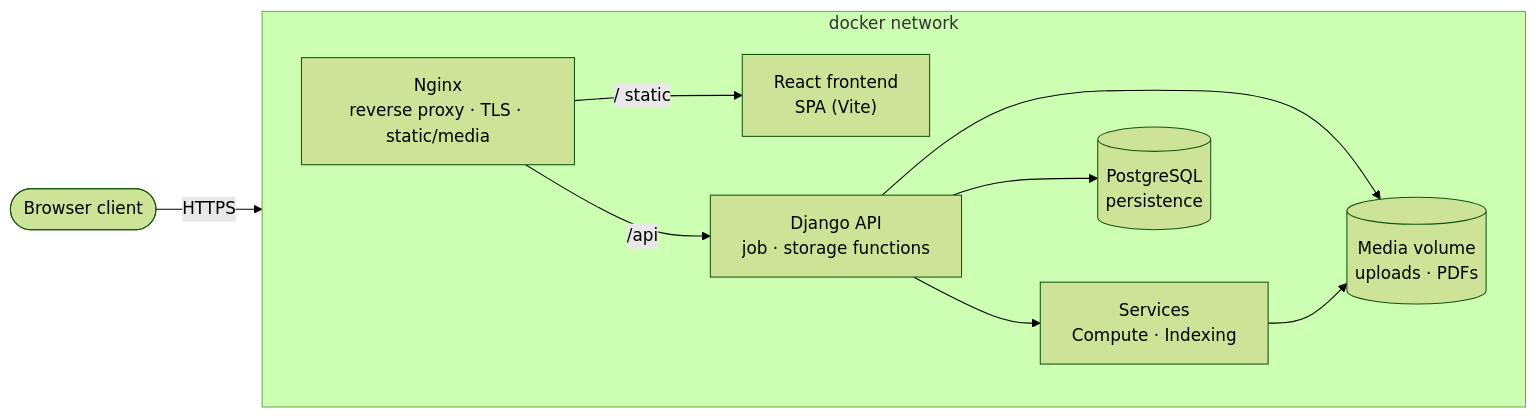
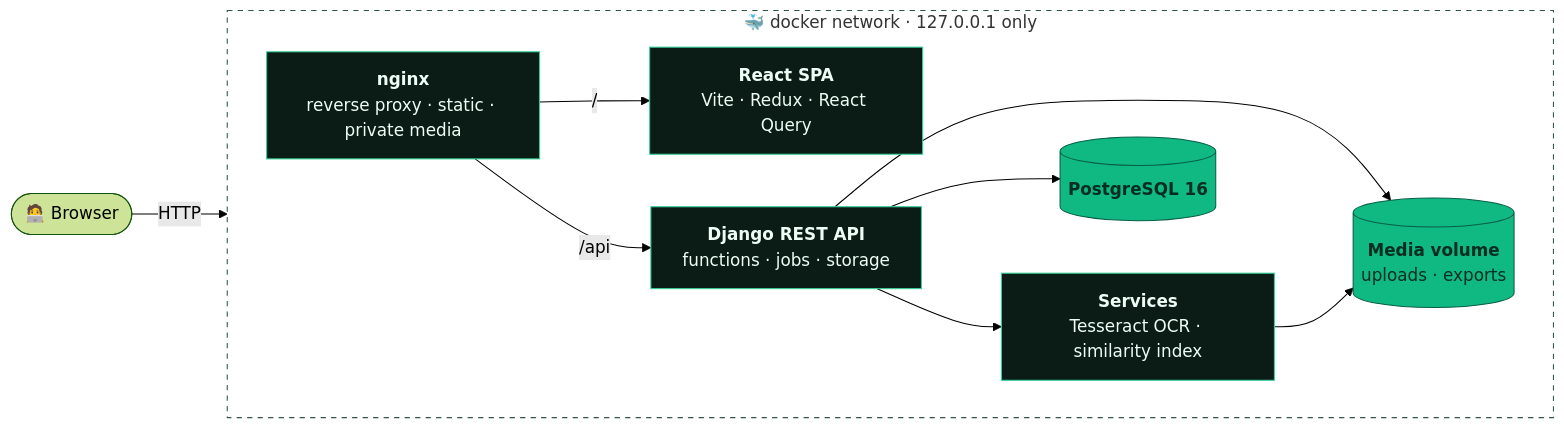
One commit to ViDem02/DataGatherer changed the diagram in README.md. Above: the diagram before and after it, drawn with Mermaid (forest theme). The commit also changed other lines of this file and 4 other files, not shown here.

Commit message:
created nice graphics

````diff
--- a/README.md
+++ b/README.md
@@ -24,20 +131,26 @@
 ```mermaid
 flowchart LR
-    Client(["Browser client"])
-    subgraph net["docker network"]
+    Client(["🧑‍💻 Browser"])
+    subgraph net["🐳 docker network · 127.0.0.1 only"]
         direction LR
-        NGINX["Nginx<br/>reverse proxy · TLS · static/media"]
-        React["React frontend<br/>SPA (Vite)"]
-        API["Django API<br/>job · storage functions"]
-        Compute["Services<br/>Compute · Indexing"]
-        DB[("PostgreSQL<br/>persistence")]
-        Media[("Media volume<br/>uploads · PDFs")]
+        NGINX["<b>nginx</b><br/>reverse proxy · static · private media"]
+        React["<b>React SPA</b><br/>Vite · Redux · React Query"]
+        API["<b>Django REST API</b><br/>functions · jobs · storage"]
+        Compute["<b>Services</b><br/>Tesseract OCR · similarity index"]
+        DB[("<b>PostgreSQL 16</b>")]
+        Media[("<b>Media volume</b><br/>uploads · exports")]
     end
-    Client -->|HTTPS| NGINX
-    NGINX -->|/ static| React
+    Client -->|HTTP| NGINX
+    NGINX -->|/| React
     NGINX -->|/api| API
     API --> Compute
     API --> DB
     API --> Media
     Compute --> Media
+
+    classDef box fill:#0b1b15,stroke:#34d399,color:#ecfdf5
+    classDef store fill:#10b981,stroke:#065f46,color:#052e21
+    class NGINX,React,API,Compute box
+    class DB,Media store
+    style net fill:transparent,stroke:#2f5646,stroke-dasharray:5 5
 ```
````
